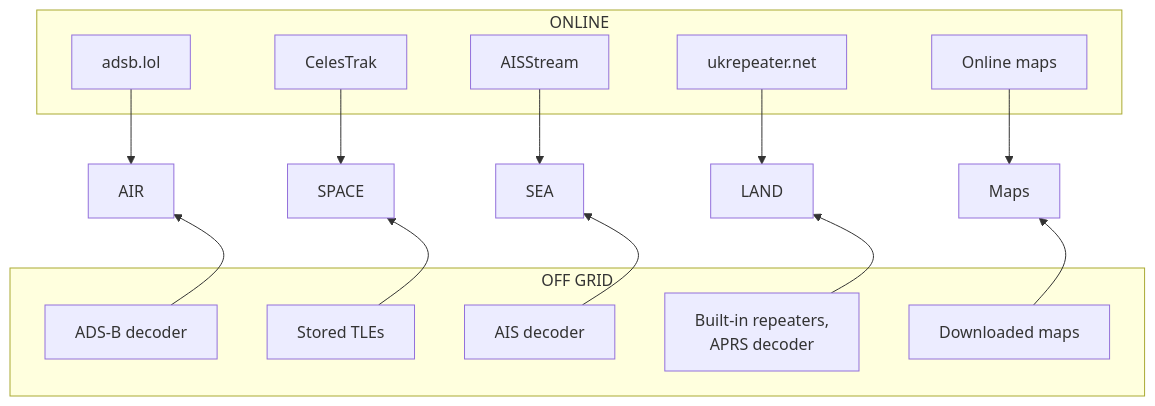
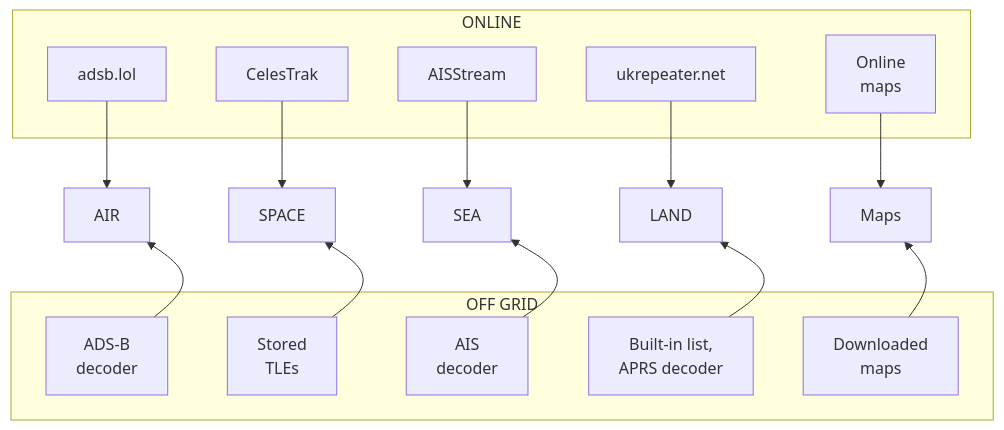
The diagram in docs/use/off-grid.md (barrygee/Sentinel), drawn with Mermaid before and after one commit. The commit also changed 8 other files, not shown here.

First line of the commit message:
docs: lay diagrams out top to bottom with each flow's direction shown

````diff
--- a/docs/use/off-grid.md
+++ b/docs/use/off-grid.md
@@ -9,34 +9,34 @@
 ```mermaid
 flowchart TB
     subgraph onlineSources["ONLINE"]
         adsblol["adsb.lol"]
         celestrak["CelesTrak"]
         aisstream["AISStream"]
         ukrep["ukrepeater.net"]
-        tiles["Online maps"]
+        tiles["Online<br/>maps"]
     end
     adsblol --> air["AIR"]
     celestrak --> space["SPACE"]
     aisstream --> sea["SEA"]
     ukrep --> land["LAND"]
     tiles --> maps["Maps"]
     air ~~~ adsbdec
     space ~~~ tle
     sea ~~~ aisdec
     land ~~~ builtin
     maps ~~~ downloads
     subgraph offgridSources["OFF GRID"]
-        adsbdec["ADS-B decoder"]
-        tle["Stored TLEs"]
-        aisdec["AIS decoder"]
-        builtin["Built-in repeaters,<br/>APRS decoder"]
-        downloads["Downloaded maps"]
+        adsbdec["ADS-B<br/>decoder"]
+        tle["Stored<br/>TLEs"]
+        aisdec["AIS<br/>decoder"]
+        builtin["Built-in list,<br/>APRS decoder"]
+        downloads["Downloaded<br/>maps"]
     end
     adsbdec --> air
     tle --> space
     aisdec --> sea
     builtin --> land
     downloads --> maps
     class onlineSources online
     class offgridSources offgrid
 ```
````
